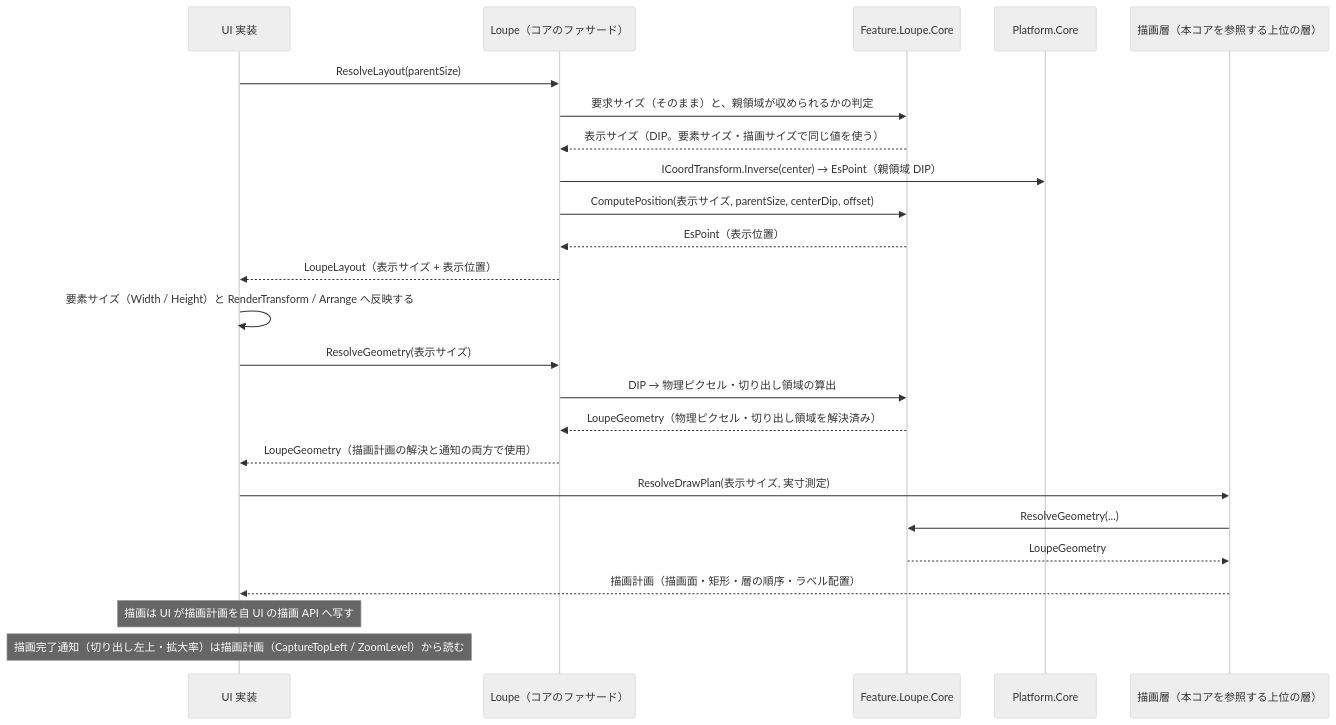
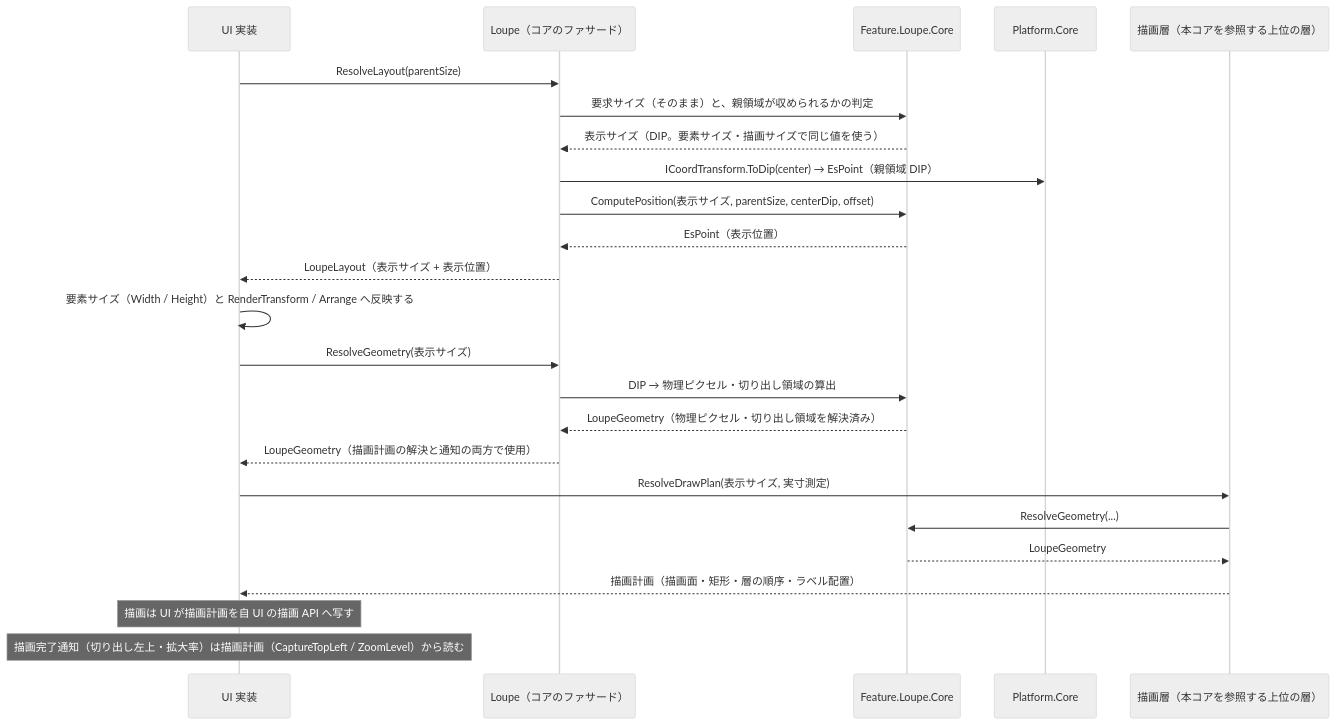
One commit to tomokuni/SaveEvidence changed the second of 2 diagrams in src/Feature.Loupe.Core/docs/SPEC_System.md. Above: the diagram before and after it, drawn with Mermaid (neutral theme). The commit also changed 43 other files, not shown here.

````diff
--- a/src/Feature.Loupe.Core/docs/SPEC_System.md
+++ b/src/Feature.Loupe.Core/docs/SPEC_System.md
@@ -62,30 +62,30 @@
 ```mermaid
 sequenceDiagram
   participant UI as UI 実装
   participant Fac as Loupe（コアのファサード）
   participant Core as Feature.Loupe.Core
   participant PC as Platform.Core
   participant P as 描画層（本コアを参照する上位の層）
 
   UI->>Fac: ResolveLayout(parentSize)
   Fac->>Core: 要求サイズ（そのまま）と、親領域が収められるかの判定
   Core-->>Fac: 表示サイズ（DIP。要素サイズ・描画サイズで同じ値を使う）
-  Fac->>PC: ICoordTransform.Inverse(center) → EsPoint（親領域 DIP）
+  Fac->>PC: ICoordTransform.ToDip(center) → EsPoint（親領域 DIP）
   Fac->>Core: ComputePosition(表示サイズ, parentSize, centerDip, offset)
   Core-->>Fac: EsPoint（表示位置）
   Fac-->>UI: LoupeLayout（表示サイズ + 表示位置）
   UI->>UI: 要素サイズ（Width / Height）と RenderTransform / Arrange へ反映する
 
   UI->>Fac: ResolveGeometry(表示サイズ)
   Fac->>Core: DIP → 物理ピクセル・切り出し領域の算出
   Core-->>Fac: LoupeGeometry（物理ピクセル・切り出し領域を解決済み）
   Fac-->>UI: LoupeGeometry（描画計画の解決と通知の両方で使用）
 
   UI->>P: ResolveDrawPlan(表示サイズ, 実寸測定)
   P->>Core: ResolveGeometry(...)
   Core-->>P: LoupeGeometry
   P-->>UI: 描画計画（描画面・矩形・層の順序・ラベル配置）
 
   Note over UI: 描画は UI が描画計画を自 UI の描画 API へ写す
   Note over UI: 描画完了通知（切り出し左上・拡大率）は描画計画（CaptureTopLeft / ZoomLevel）から読む
 ```
````
